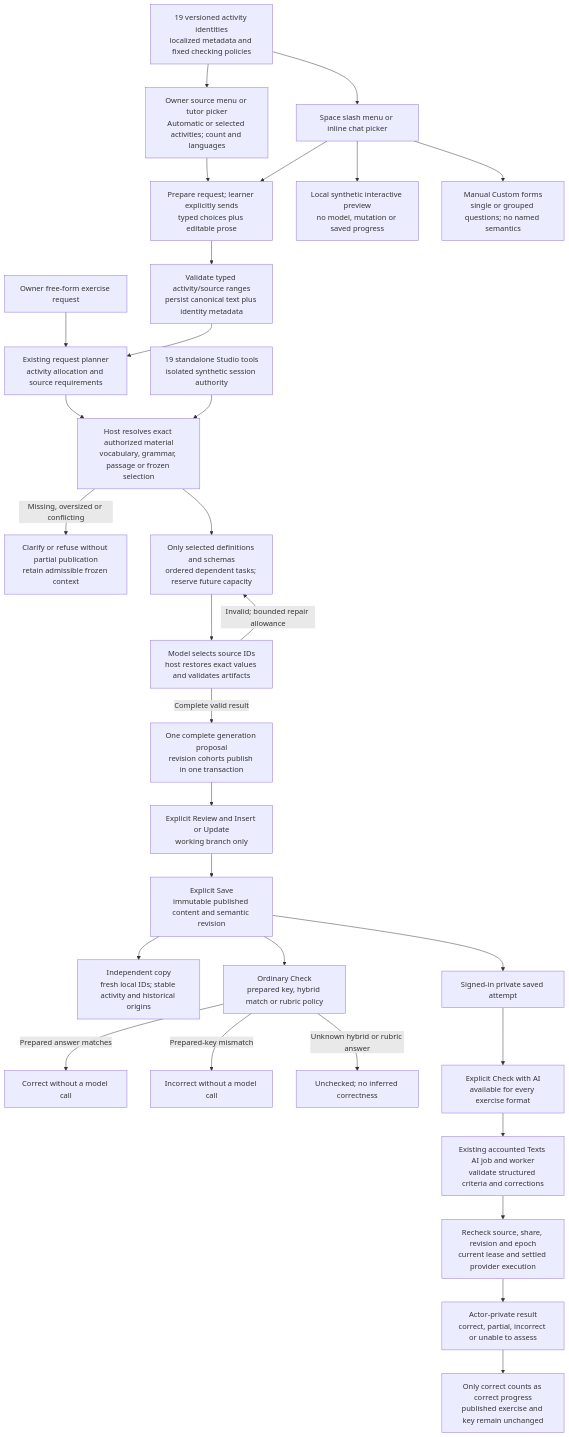
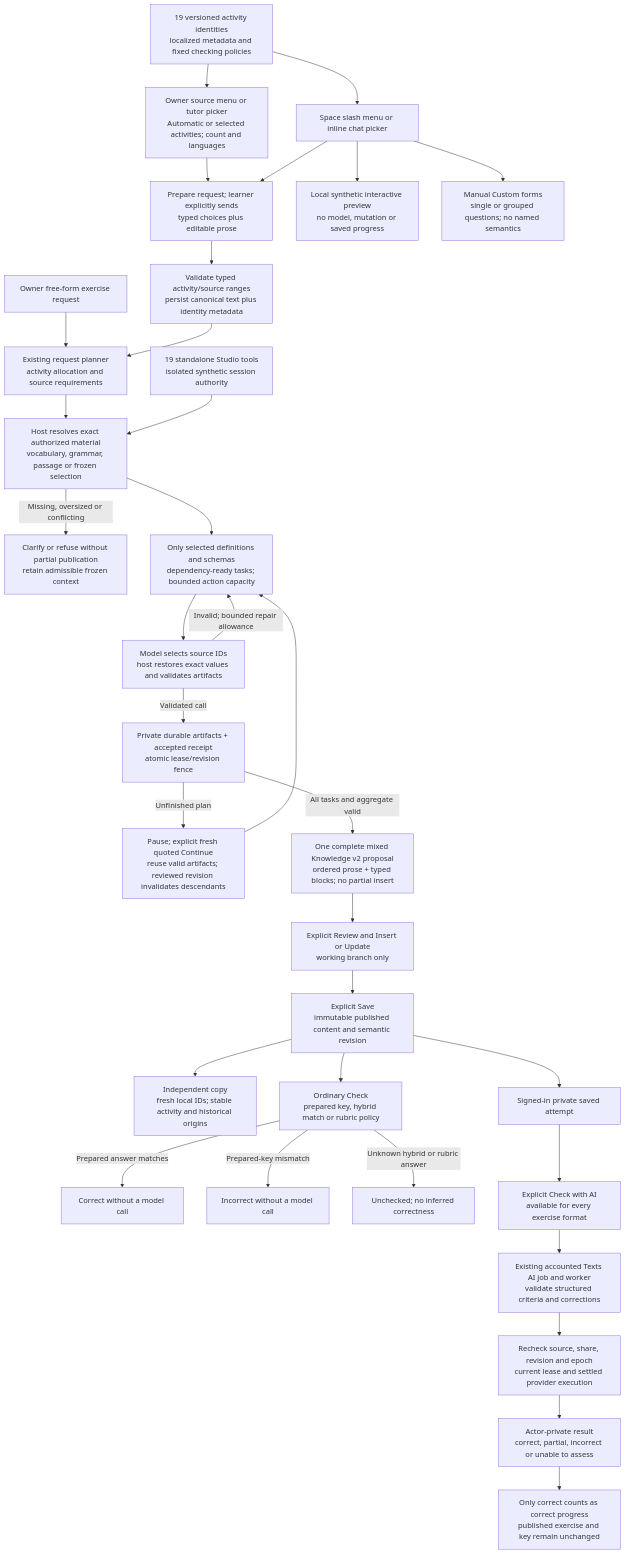
Before and after one commit to nickotov/languon-platform: the diagram in docs/diagrams/named-exercises.md, drawn with Mermaid. The commit also changed other lines of this file and 248 other files, not shown here.

````diff
--- a/docs/diagrams/named-exercises.md
+++ b/docs/diagrams/named-exercises.md
@@ -49,54 +54,58 @@
 ```mermaid
 flowchart TB
     Catalog["19 versioned activity identities
 localized metadata and fixed checking policies"] --> Picker["Owner source menu or tutor picker
 Automatic or selected activities; count and languages"]
     Picker --> Send
     Catalog --> Discovery["Space slash menu or inline chat picker"]
     Discovery --> Preview["Local synthetic interactive preview
 no model, mutation or saved progress"]
     Discovery --> Custom["Manual Custom forms
 single or grouped questions; no named semantics"]
     Discovery --> Send["Prepare request; learner explicitly sends
 typed choices plus editable prose"]
     Prose["Owner free-form exercise request"] --> Plan["Existing request planner
 activity allocation and source requirements"]
     Send --> Mentions["Validate typed activity/source ranges
 persist canonical text plus identity metadata"]
     Mentions --> Plan
     Plan --> Ground["Host resolves exact authorized material
 vocabulary, grammar, passage or frozen selection"]
     Studio["19 standalone Studio tools
 isolated synthetic session authority"] --> Ground
     Ground -->|"Missing, oversized or conflicting"| Clarify["Clarify or refuse without partial publication
 retain admissible frozen context"]
     Ground --> Author["Only selected definitions and schemas
-ordered dependent tasks; reserve future capacity"]
+dependency-ready tasks; bounded action capacity"]
     Author --> Bind["Model selects source IDs
 host restores exact values and validates artifacts"]
     Bind -->|"Invalid; bounded repair allowance"| Author
-    Bind -->|"Complete valid result"| Proposal["One complete generation proposal
-revision cohorts publish in one transaction"]
+    Bind -->|"Validated call"| Checkpoint["Private durable artifacts + accepted receipt
+atomic lease/revision fence"]
+    Checkpoint -->|"Unfinished plan"| Continue["Pause; explicit fresh quoted Continue
+reuse valid artifacts; reviewed revision invalidates descendants"] --> Author
+    Checkpoint -->|"All tasks and aggregate valid"| Proposal["One complete mixed Knowledge v2 proposal
+ordered prose + typed blocks; no partial insert"]
     Proposal --> Review["Explicit Review and Insert or Update
 working branch only"]
     Review --> Save["Explicit Save
 immutable published content and semantic revision"]
     Save --> Copy["Independent copy
 fresh local IDs; stable activity and historical origins"]
     Save --> Check["Ordinary Check
 prepared key, hybrid match or rubric policy"]
     Check -->|"Prepared answer matches"| Correct["Correct without a model call"]
     Check -->|"Prepared-key mismatch"| Incorrect["Incorrect without a model call"]
     Check -->|"Unknown hybrid or rubric answer"| Unchecked["Unchecked; no inferred correctness"]
     Attempt["Signed-in private saved attempt"] --> AI["Explicit Check with AI
 available for every exercise format"]
     Save --> Attempt
     AI --> Job["Existing accounted Texts AI job and worker
 validate structured criteria and corrections"]
     Job --> Fence["Recheck source, share, revision and epoch
 current lease and settled provider execution"]
     Fence --> Feedback["Actor-private result
 correct, partial, incorrect or unable to assess"]
     Feedback --> Progress["Only correct counts as correct progress
 published exercise and key remain unchanged"]
 ```
````
